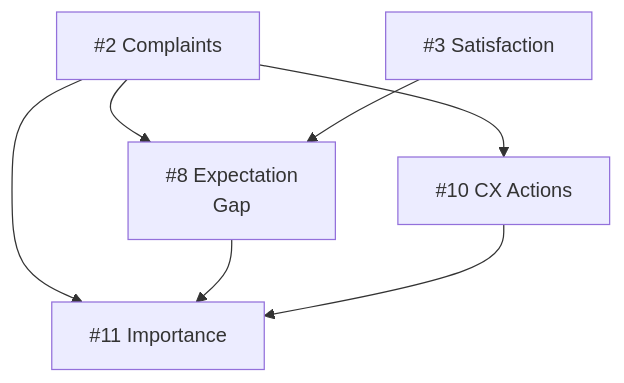
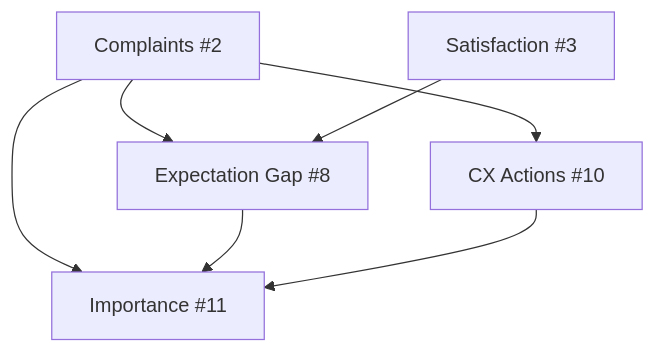
One commit to dianakang/voc-intelligence-platform changed the third of 4 diagrams in README.md. Above: the diagram before and after it, drawn with Mermaid. The commit also changed other lines of this file and 1 other file, not shown here.

````diff
--- a/README.md
+++ b/README.md
@@ -98,9 +81,9 @@
 ```mermaid
 flowchart TD
-    Complaints["#2 Complaints"] --> CXActions["#10 CX Actions"]
-    Complaints --> ExpectationGap["#8 Expectation<br/>Gap"]
-    Satisfaction["#3 Satisfaction"] --> ExpectationGap
-    Complaints --> Importance["#11 Importance"]
-    ExpectationGap --> Importance
-    CXActions --> Importance
+    C2[Complaints #2] --> CX[CX Actions #10]
+    C2 --> EG[Expectation Gap #8]
+    S3[Satisfaction #3] --> EG
+    C2 --> IM[Importance #11]
+    EG --> IM
+    CX --> IM
 ```
````
